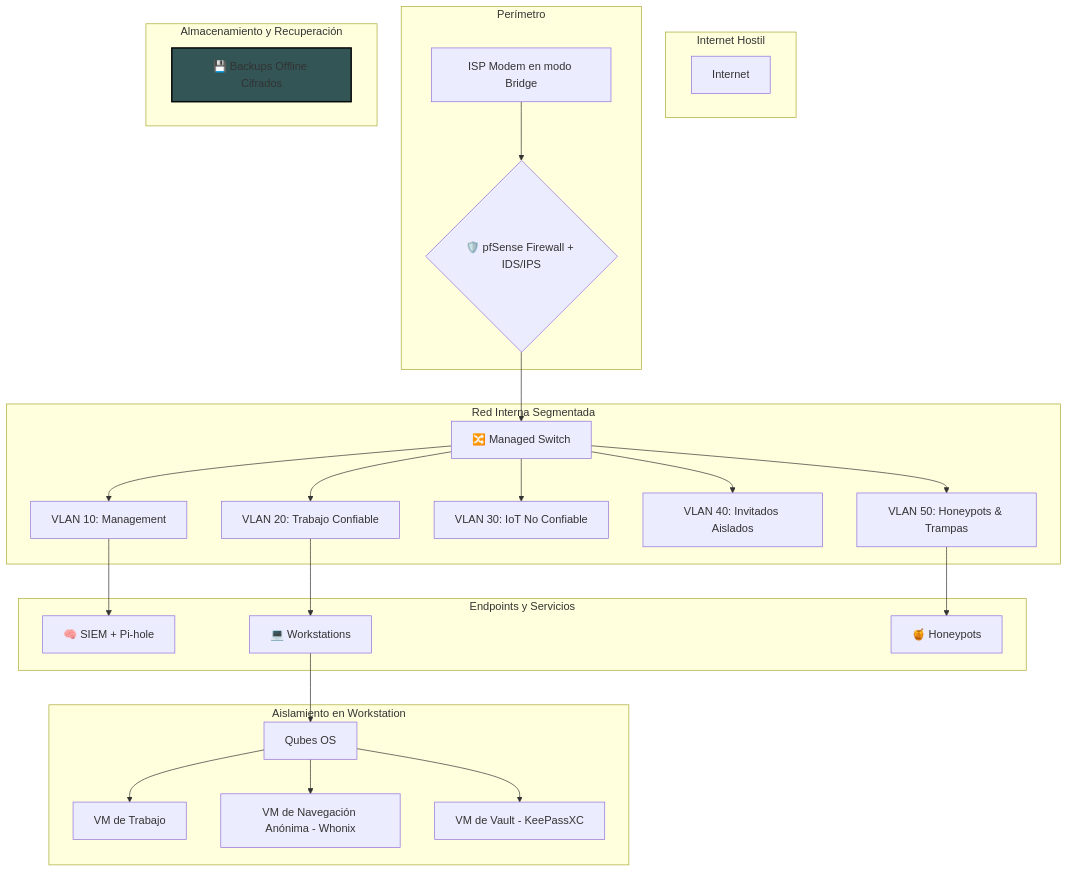
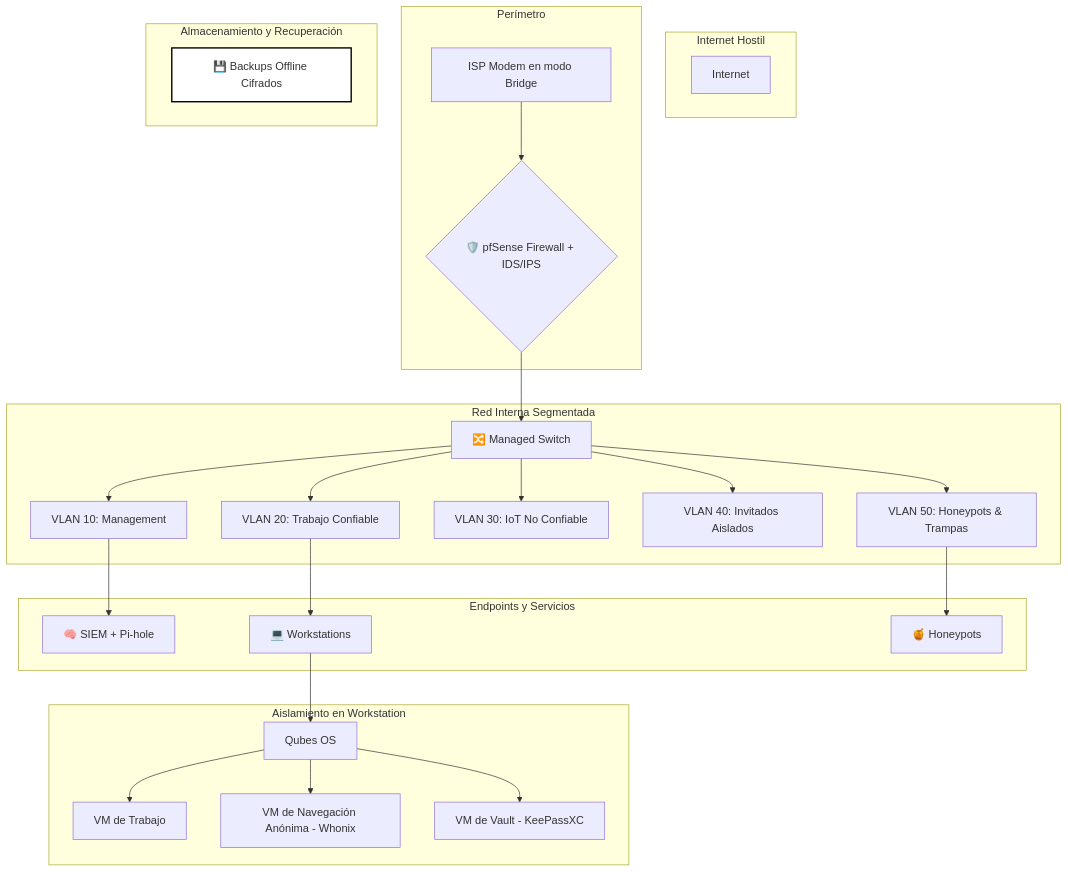
The second of 2 diagrams in 03_ciberseguridad_y_redes/14_defense.md (jviera100/documentacion), drawn with Mermaid before and after one commit.

Commit message:
:sparkles:up

````diff
--- a/03_ciberseguridad_y_redes/14_defense.md
+++ b/03_ciberseguridad_y_redes/14_defense.md
@@ -30,38 +30,38 @@
 ```mermaid
 graph TD
     subgraph Internet Hostil
         A[Internet]
     end
 
     subgraph Perímetro
         B[ISP Modem en modo Bridge] --> C{🛡️ pfSense Firewall + IDS/IPS};
     end
 
     subgraph Red Interna Segmentada
         C --> D[🔀 Managed Switch];
         D --> V10[VLAN 10: Management];
         D --> V20[VLAN 20: Trabajo Confiable];
         D --> V30[VLAN 30: IoT No Confiable];
         D --> V40[VLAN 40: Invitados Aislados];
         D --> V50[VLAN 50: Honeypots & Trampas];
     end
     
     subgraph Endpoints y Servicios
         V10 --> E[🧠 SIEM + Pi-hole];
         V20 --> F[💻 Workstations];
         V50 --> G[🍯 Honeypots];
     end
 
     subgraph Aislamiento en Workstation
         F --> H[Qubes OS];
         H --> I[VM de Trabajo];
         H --> J[VM de Navegación Anónima - Whonix];
         H --> K[VM de Vault - KeePassXC];
     end
 
     subgraph Almacenamiento y Recuperación
         L[💾 Backups Offline Cifrados]
     end
 
-    style L fill:#355,stroke:#000,stroke-width:2px
+    style L fill:#fff,stroke:#000,stroke-width:2px
 ```
````
